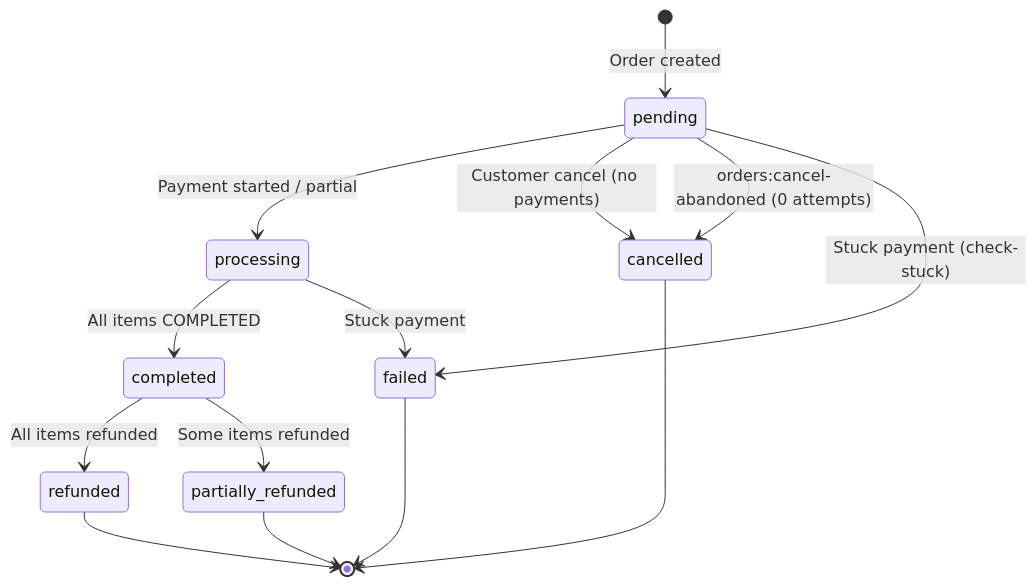
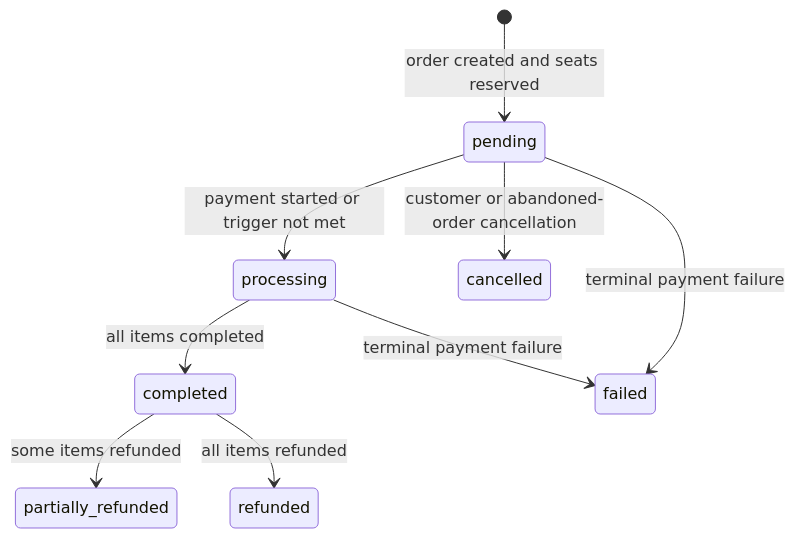
Before and after one commit to SaeidSharafi/JeduApi: the third of 4 diagrams in docs/Architecture/Checkout-Order-Payment-System.md, drawn with Mermaid. The commit also changed other lines of this file and 26 other files, not shown here.

First line of the commit message:
docs: consolidate architecture documentation

````diff
--- a/docs/Architecture/Checkout-Order-Payment-System.md
+++ b/docs/Architecture/Checkout-Order-Payment-System.md
@@ -536,16 +75,11 @@
 ```mermaid
 stateDiagram-v2
-    [*] --> pending: Order created
-    pending --> processing: Payment started / partial
-    pending --> cancelled: Customer cancel (no payments)
-    pending --> cancelled: orders:cancel-abandoned (0 attempts)
-    processing --> completed: All items COMPLETED
-    completed --> refunded: All items refunded
-    completed --> partially_refunded: Some items refunded
-    pending --> failed: Stuck payment (check-stuck)
-    processing --> failed: Stuck payment
-    refunded --> [*]
-    partially_refunded --> [*]
-    cancelled --> [*]
-    failed --> [*]
+    [*] --> pending: order created and seats reserved
+    pending --> processing: payment started or trigger not met
+    pending --> cancelled: customer or abandoned-order cancellation
+    processing --> completed: all items completed
+    completed --> partially_refunded: some items refunded
+    completed --> refunded: all items refunded
+    pending --> failed: terminal payment failure
+    processing --> failed: terminal payment failure
 ```
````
